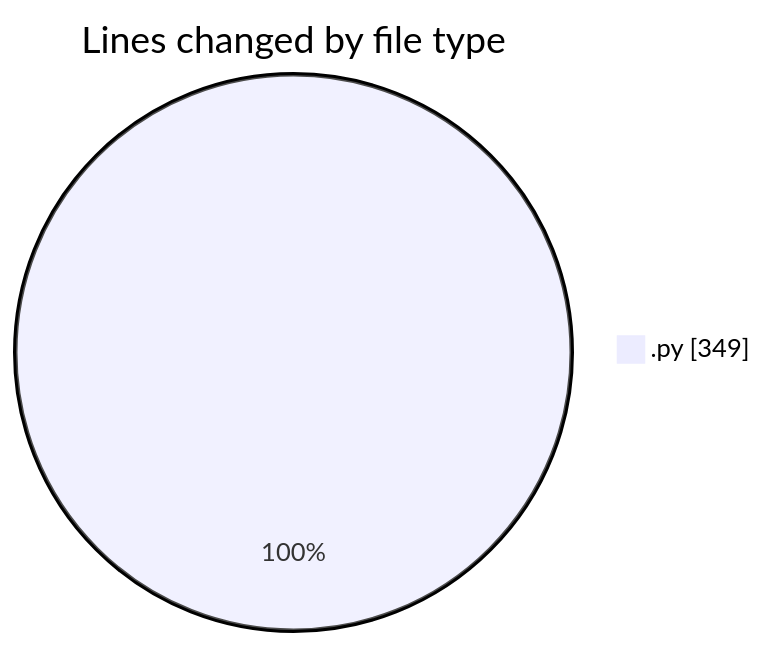
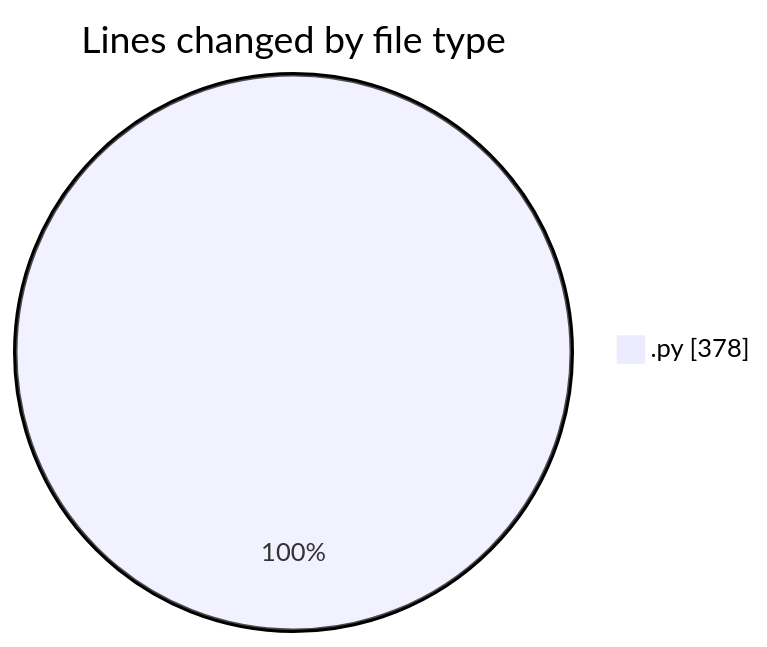
The first of 2 diagrams in 2025-01-12/myws__workspace_/README.md (MatusMokan/code-tracking), drawn with Mermaid before and after one commit. The commit also changed other lines of this file and 1 other file, not shown here.

````diff
--- a/2025-01-12/myws__workspace_/README.md
+++ b/2025-01-12/myws__workspace_/README.md
@@ -21,5 +21,5 @@
 ```mermaid
 pie showData
 title Lines changed by file type
-".py" : 349
+".py" : 378
 ```
````
